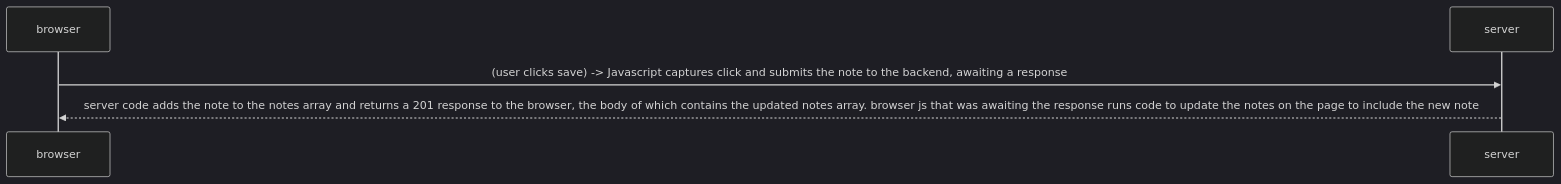
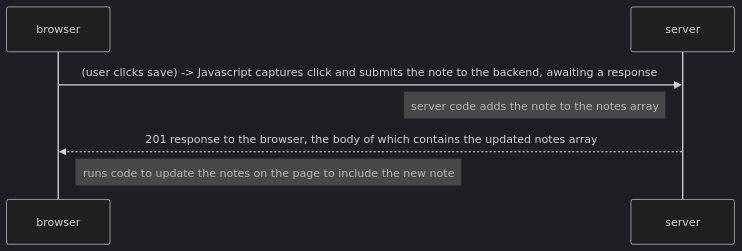
The diagram in part0/6/new-note-diagram-spa.md (ddmaness/full-stack-open), drawn with Mermaid (dark theme) before and after one commit. The commit also changed 24 other files, not shown here.

````diff
--- a/part0/6/new-note-diagram-spa.md
+++ b/part0/6/new-note-diagram-spa.md
@@ -1,9 +1,14 @@
 ```mermaid
 sequenceDiagram
   participant browser
   participant server
 
   browser->>server: (user clicks save) -> Javascript captures click and submits the note to the backend, awaiting a response
-  server-->>browser: server code adds the note to the notes array and returns a 201 response to the browser, the body of which contains the updated notes array. browser js that was awaiting the response runs code to update the notes on the page to include the new note
+
+  note left of server: server code adds the note to the notes array
+
+  server-->>browser:  201 response to the browser, the body of which contains the updated notes array
+
+  note right of browser: runs code to update the notes on the page to include the new note
 
 ```
````
